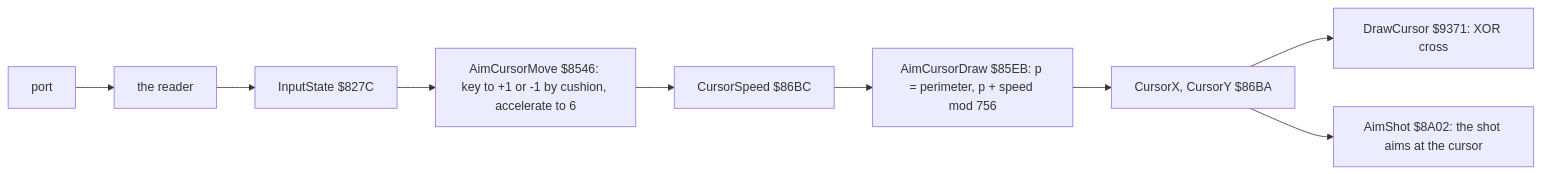
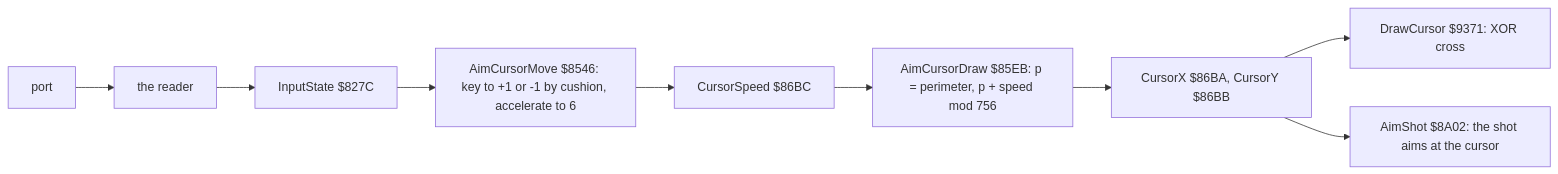
Before and after one commit to alfishe/unrealng-reverse-cases: the fifth of 8 diagrams in games/video-pool/docs/05-controls.md, drawn with Mermaid. The commit also changed other lines of this file and 40 other files, not shown here.

````diff
--- a/games/video-pool/docs/05-controls.md
+++ b/games/video-pool/docs/05-controls.md
@@ -751,11 +751,11 @@
 ```mermaid
 flowchart LR
     P["port"] --> RD["the reader"]
     RD --> IS["InputState $827C"]
     IS --> CM["AimCursorMove $8546: key to +1 or -1 by cushion, accelerate to 6"]
     CM --> SP["CursorSpeed $86BC"]
     SP --> CD["AimCursorDraw $85EB: p = perimeter, p + speed mod 756"]
-    CD --> XY["CursorX, CursorY $86BA"]
+    CD --> XY["CursorX $86BA, CursorY $86BB"]
     XY --> DC["DrawCursor $9371: XOR cross"]
     XY --> SH["AimShot $8A02: the shot aims at the cursor"]
 ```
````
